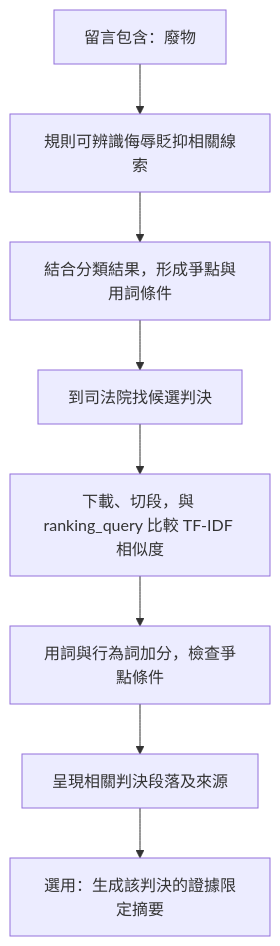
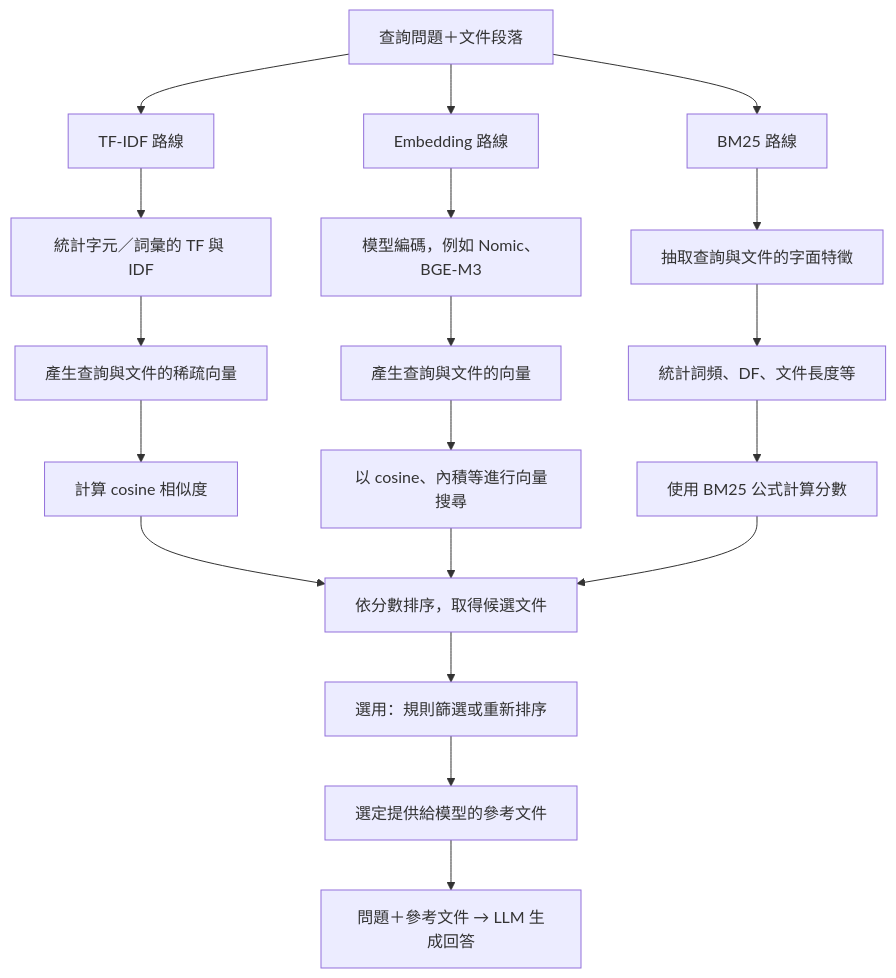
One commit to OohelloworldoO/Paper-Reading-Notes changed the sixth of 6 diagrams in 2026/1012-TF-IDF/README.md. Above: the diagram before and after it, drawn with Mermaid. The commit also changed other lines of this file and 1 other file, not shown here.

````diff
--- a/2026/1012-TF-IDF/README.md
+++ b/2026/1012-TF-IDF/README.md
@@ -391,10 +193,26 @@
 ```mermaid
 flowchart TD
-    A["留言包含：廢物"] --> B["規則可辨識侮辱貶抑相關線索"]
-    B --> C["結合分類結果，形成爭點與用詞條件"]
-    C --> D["到司法院找候選判決"]
-    D --> E["下載、切段，與 ranking_query 比較 TF-IDF 相似度"]
-    E --> F["用詞與行為詞加分，檢查爭點條件"]
-    F --> G["呈現相關判決段落及來源"]
-    G --> H["選用：生成該判決的證據限定摘要"]
+    INPUT["查詢問題＋文件段落"] --> A["TF-IDF 路線"]
+    INPUT --> B["Embedding 路線"]
+    INPUT --> C["BM25 路線"]
+
+    A --> A1["統計字元／詞彙的 TF 與 IDF"]
+    A1 --> A2["產生查詢與文件的稀疏向量"]
+    A2 --> A3["計算 cosine 相似度"]
+
+    B --> B1["模型編碼，例如 Nomic、BGE-M3"]
+    B1 --> B2["產生查詢與文件的向量"]
+    B2 --> B3["以 cosine、內積等進行向量搜尋"]
+
+    C --> C1["抽取查詢與文件的字面特徵"]
+    C1 --> C2["統計詞頻、DF、文件長度等"]
+    C2 --> C3["使用 BM25 公式計算分數"]
+
+    A3 --> R["依分數排序，取得候選文件"]
+    B3 --> R
+    C3 --> R
+
+    R --> OPTIONAL["選用：規則篩選或重新排序"]
+    OPTIONAL --> D["選定提供給模型的參考文件"]
+    D --> G["問題＋參考文件 → LLM 生成回答"]
 ```
````
